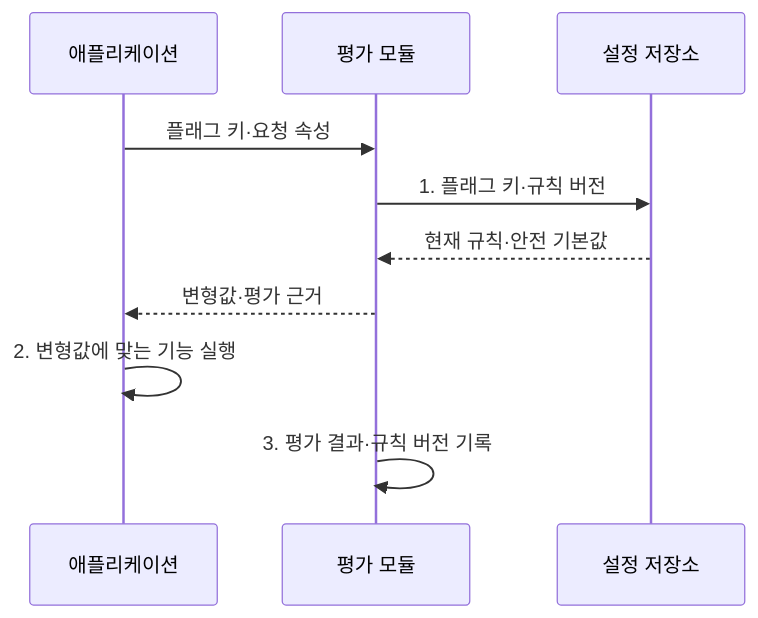
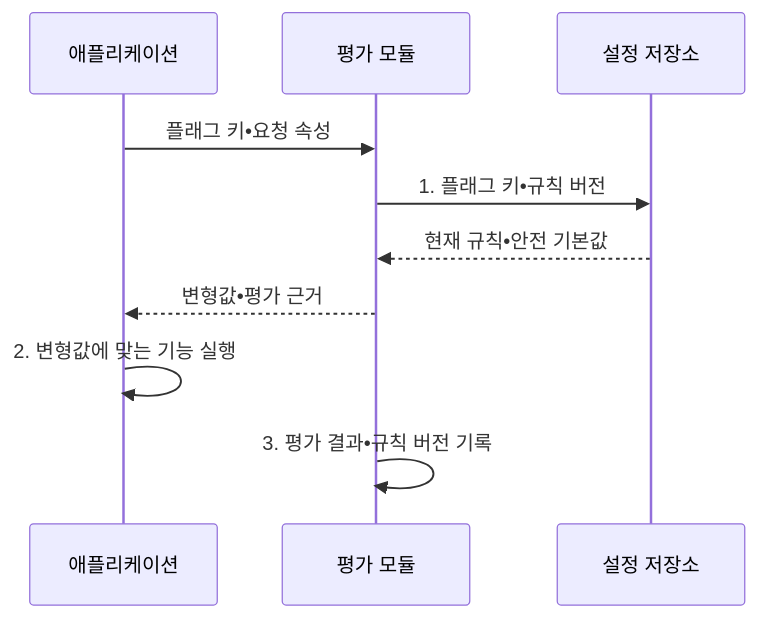
Before and after one commit to agnusdei1207/knowledge-base: the second of 2 diagrams in src/content/docs/notes/03-software/064_feature_flag.md, drawn with Mermaid. The commit also changed other lines of this file and 953 other files, not shown here.

````diff
--- a/src/content/docs/notes/03-software/064_feature_flag.md
+++ b/src/content/docs/notes/03-software/064_feature_flag.md
@@ -105,12 +105,12 @@
 ```mermaid
 sequenceDiagram
     participant A as 애플리케이션
     participant E as 평가 모듈
     participant S as 설정 저장소
-    A->>E: 플래그 키·요청 속성
-    E->>S: 1. 플래그 키·규칙 버전
-    S-->>E: 현재 규칙·안전 기본값
-    E-->>A: 변형값·평가 근거
+    A->>E: 플래그 키•요청 속성
+    E->>S: 1. 플래그 키•규칙 버전
+    S-->>E: 현재 규칙•안전 기본값
+    E-->>A: 변형값•평가 근거
     A->>A: 2. 변형값에 맞는 기능 실행
-    E->>E: 3. 평가 결과·규칙 버전 기록
+    E->>E: 3. 평가 결과•규칙 버전 기록
 ```
````
